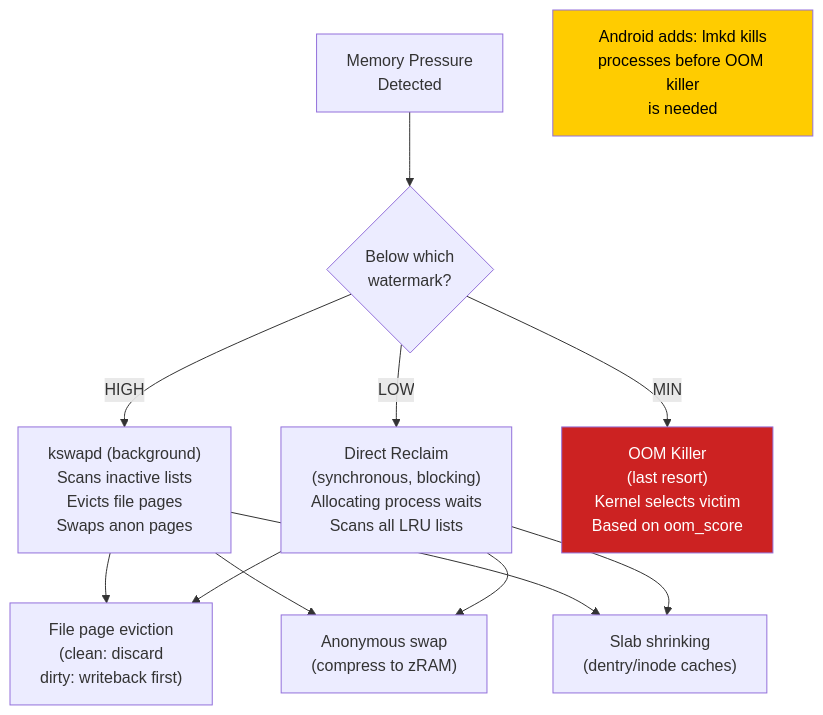
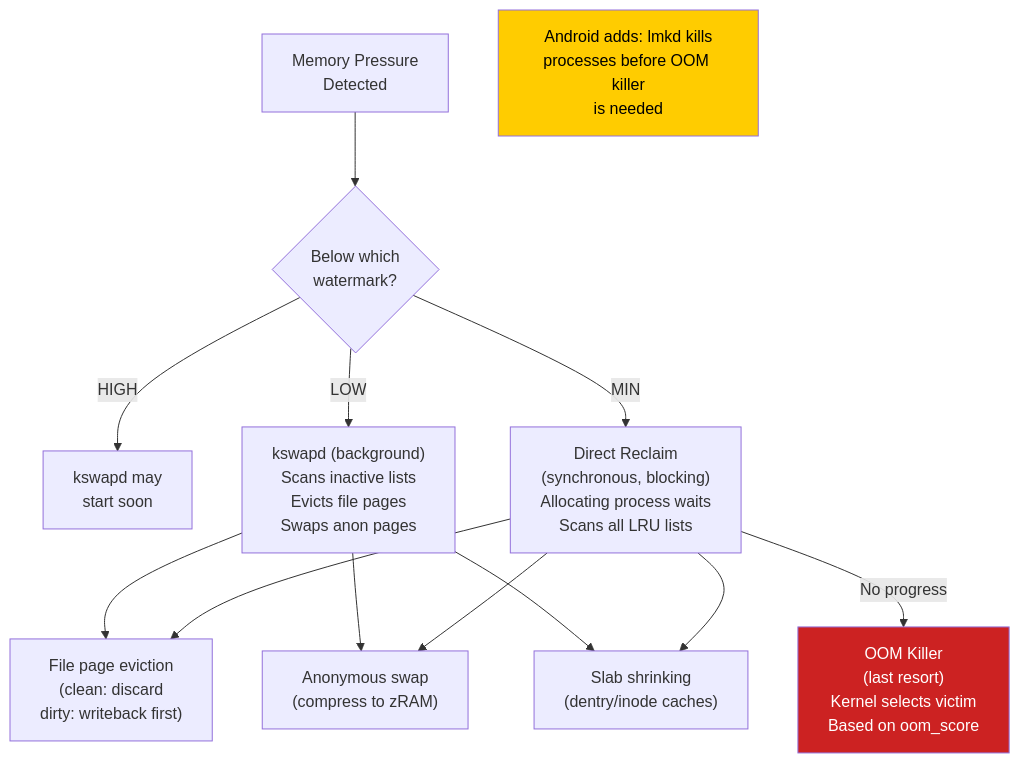
One commit to aospbooks/aosp-internal-book changed the fourth of 36 diagrams in agents/claude/skills/aosp-native-foundation/08-memory-management.md. Above: the diagram before and after it, drawn with Mermaid. The commit also changed other lines of this file and 218 other files, not shown here.

````diff
--- a/agents/claude/skills/aosp-native-foundation/08-memory-management.md
+++ b/agents/claude/skills/aosp-native-foundation/08-memory-management.md
@@ -241,23 +241,25 @@
 ```mermaid
 flowchart TD
     Pressure["Memory Pressure<br/>Detected"] --> Watermark{"Below which<br/>watermark?"}
 
-    Watermark -->|"HIGH"| kswapd["kswapd (background)<br/>Scans inactive lists<br/>Evicts file pages<br/>Swaps anon pages"]
+    Watermark -->|"HIGH"| Watch["kswapd may<br/>start soon"]
 
-    Watermark -->|"LOW"| DirectRecl["Direct Reclaim<br/>(synchronous, blocking)<br/>Allocating process waits<br/>Scans all LRU lists"]
+    Watermark -->|"LOW"| kswapd["kswapd (background)<br/>Scans inactive lists<br/>Evicts file pages<br/>Swaps anon pages"]
 
-    Watermark -->|"MIN"| OOM["OOM Killer<br/>(last resort)<br/>Kernel selects victim<br/>Based on oom_score"]
+    Watermark -->|"MIN"| DirectRecl["Direct Reclaim<br/>(synchronous, blocking)<br/>Allocating process waits<br/>Scans all LRU lists"]
+
+    DirectRecl -->|"No progress"| OOM["OOM Killer<br/>(last resort)<br/>Kernel selects victim<br/>Based on oom_score"]
 
     kswapd --> FileEvict["File page eviction<br/>(clean: discard<br/>dirty: writeback first)"]
     kswapd --> AnonSwap["Anonymous swap<br/>(compress to zRAM)"]
     kswapd --> SlabShrink["Slab shrinking<br/>(dentry/inode caches)"]
 
     DirectRecl --> FileEvict
     DirectRecl --> AnonSwap
     DirectRecl --> SlabShrink
 
     Note1["Android adds: lmkd kills<br/>processes before OOM killer<br/>is needed"]
 
     style OOM fill:#cc2222,color:#fff
     style Note1 fill:#ffcc00,color:#000
 ```
````
